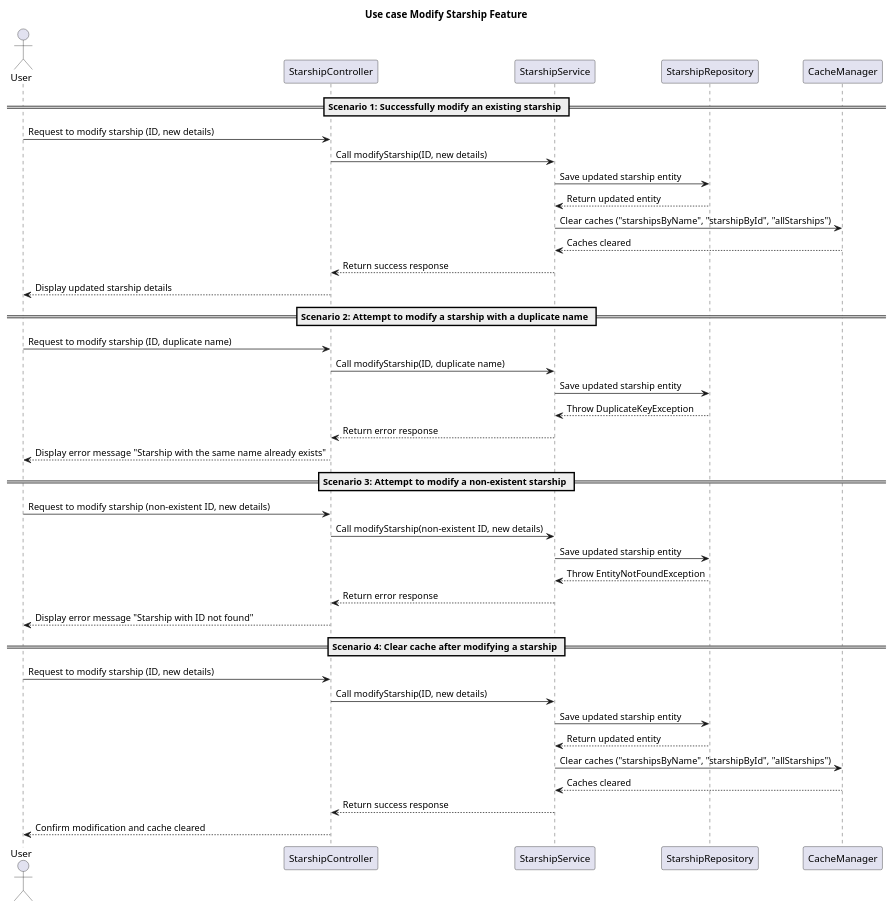
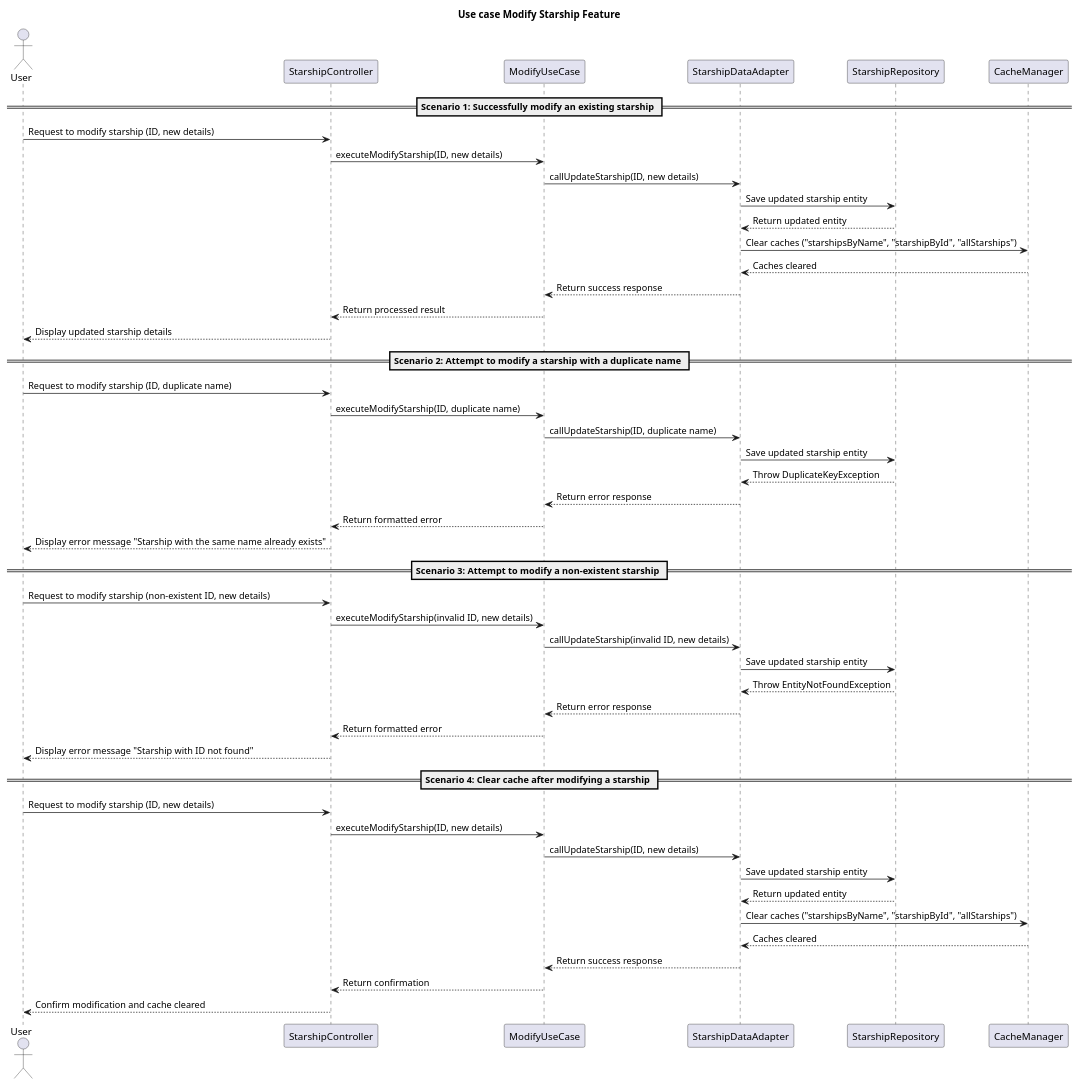
Before and after one commit to alex25/starship-registry: the diagram in doc/bdd-specs/starship-modifier.puml, drawn with PlantUML. The commit also changed 71 other files, not shown here.

```diff
--- a/doc/bdd-specs/starship-modifier.puml
+++ b/doc/bdd-specs/starship-modifier.puml
@@ -1,46 +1,55 @@
 @startuml
 title Use case Modify Starship Feature
 
 actor User
 participant "StarshipController" as Controller
-participant "StarshipService" as Service
+participant "ModifyUseCase" as Modify
+participant "StarshipDataAdapter" as Service
 participant "StarshipRepository" as Repository
 participant "CacheManager" as Cache
 
 == Scenario 1: Successfully modify an existing starship ==
 User -> Controller: Request to modify starship (ID, new details)
-Controller -> Service: Call modifyStarship(ID, new details)
+Controller -> Modify: executeModifyStarship(ID, new details)
+Modify -> Service: callUpdateStarship(ID, new details)
 Service -> Repository: Save updated starship entity
 Repository --> Service: Return updated entity
 Service -> Cache: Clear caches ("starshipsByName", "starshipById", "allStarships")
 Cache --> Service: Caches cleared
-Service --> Controller: Return success response
+Service --> Modify: Return success response
+Modify --> Controller: Return processed result
 Controller --> User: Display updated starship details
 
 == Scenario 2: Attempt to modify a starship with a duplicate name ==
 User -> Controller: Request to modify starship (ID, duplicate name)
-Controller -> Service: Call modifyStarship(ID, duplicate name)
+Controller -> Modify: executeModifyStarship(ID, duplicate name)
+Modify -> Service: callUpdateStarship(ID, duplicate name)
 Service -> Repository: Save updated starship entity
 Repository --> Service: Throw DuplicateKeyException
-Service --> Controller: Return error response
+Service --> Modify: Return error response
+Modify --> Controller: Return formatted error
 Controller --> User: Display error message "Starship with the same name already exists"
 
 == Scenario 3: Attempt to modify a non-existent starship ==
 User -> Controller: Request to modify starship (non-existent ID, new details)
-Controller -> Service: Call modifyStarship(non-existent ID, new details)
+Controller -> Modify: executeModifyStarship(invalid ID, new details)
+Modify -> Service: callUpdateStarship(invalid ID, new details)
 Service -> Repository: Save updated starship entity
 Repository --> Service: Throw EntityNotFoundException
-Service --> Controller: Return error response
+Service --> Modify: Return error response
+Modify --> Controller: Return formatted error
 Controller --> User: Display error message "Starship with ID not found"
 
 == Scenario 4: Clear cache after modifying a starship ==
 User -> Controller: Request to modify starship (ID, new details)
-Controller -> Service: Call modifyStarship(ID, new details)
+Controller -> Modify: executeModifyStarship(ID, new details)
+Modify -> Service: callUpdateStarship(ID, new details)
 Service -> Repository: Save updated starship entity
 Repository --> Service: Return updated entity
 Service -> Cache: Clear caches ("starshipsByName", "starshipById", "allStarships")
 Cache --> Service: Caches cleared
-Service --> Controller: Return success response
+Service --> Modify: Return success response
+Modify --> Controller: Return confirmation
 Controller --> User: Confirm modification and cache cleared
 
 @enduml
```
